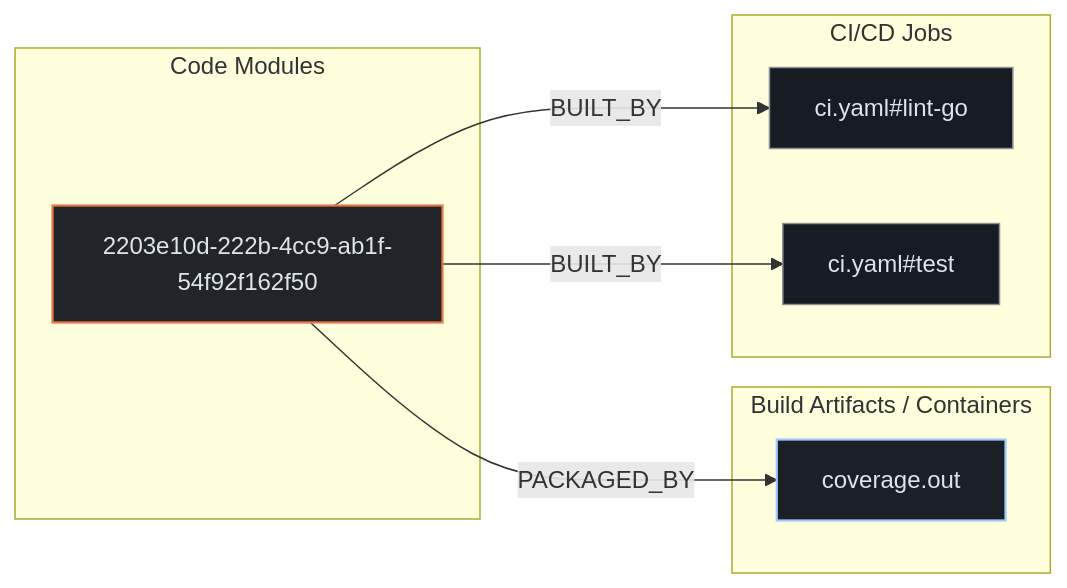
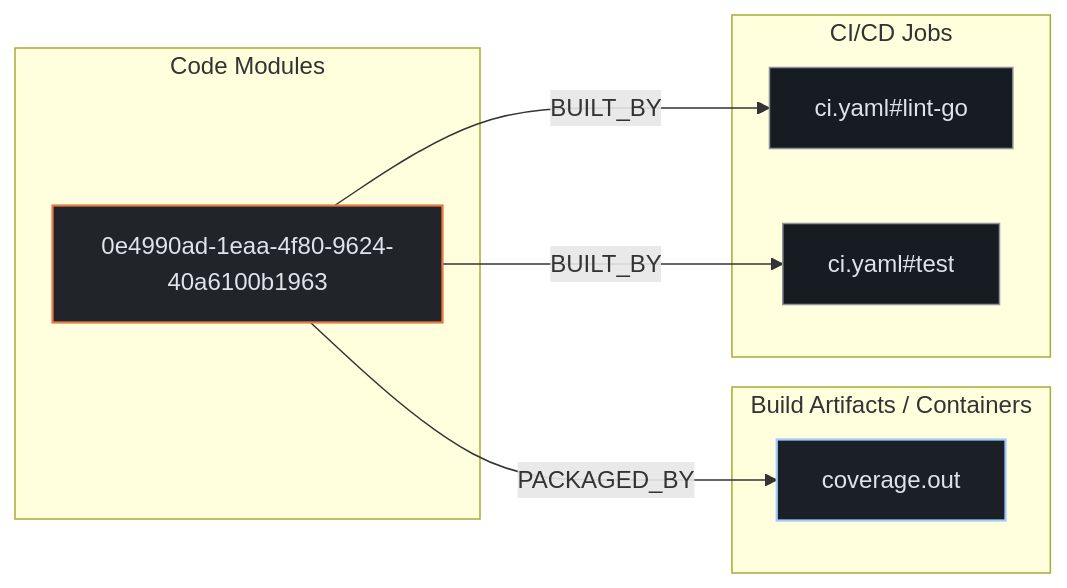
Before and after one commit to kumarshaz/atruss-code-atlas: the second of 3 diagrams in exports/latest/reports/argoproj-notifications-engine-report.md, drawn with Mermaid. The commit also changed other lines of this file and 51 other files, not shown here.

````diff
--- a/exports/latest/reports/argoproj-notifications-engine-report.md
+++ b/exports/latest/reports/argoproj-notifications-engine-report.md
@@ -241,21 +241,21 @@
 ```mermaid
 flowchart LR
     %% title: Code-to-Cloud Deployment Traceability
     classDef atlasCategory fill:#212428,stroke:#E87A48,stroke-width:1.5px,color:#dfe3eb
     classDef atlasWorkflow fill:#1b2026,stroke:#a3c9ff,stroke-width:1.5px,color:#dfe3eb
     classDef atlasJob fill:#171c22,stroke:#8d9199,stroke-width:1px,color:#dfe3eb
     classDef atlasTarget fill:#005227,stroke:#8bd99b,stroke-width:1.5px,color:#a7f6b6
     subgraph code_modules["Code Modules"]
-        mod_2203e10d_222b_4cc9_ab1f_54f92f162f50["2203e10d-222b-4cc9-ab1f-54f92f162f50"]:::atlasCategory
+        mod_0e4990ad_1eaa_4f80_9624_40a6100b1963["0e4990ad-1eaa-4f80-9624-40a6100b1963"]:::atlasCategory
     end
     subgraph build_artifacts["Build Artifacts / Containers"]
         art_coverage_out["coverage.out"]:::atlasWorkflow
     end
     subgraph ci_jobs["CI/CD Jobs"]
         job_ci_yaml_lint_go["ci.yaml#lint-go"]:::atlasJob
         job_ci_yaml_test["ci.yaml#test"]:::atlasJob
     end
-    mod_2203e10d_222b_4cc9_ab1f_54f92f162f50 -->|BUILT_BY| job_ci_yaml_lint_go
-    mod_2203e10d_222b_4cc9_ab1f_54f92f162f50 -->|BUILT_BY| job_ci_yaml_test
-    mod_2203e10d_222b_4cc9_ab1f_54f92f162f50 -->|PACKAGED_BY| art_coverage_out
+    mod_0e4990ad_1eaa_4f80_9624_40a6100b1963 -->|BUILT_BY| job_ci_yaml_lint_go
+    mod_0e4990ad_1eaa_4f80_9624_40a6100b1963 -->|BUILT_BY| job_ci_yaml_test
+    mod_0e4990ad_1eaa_4f80_9624_40a6100b1963 -->|PACKAGED_BY| art_coverage_out
 ```
````
